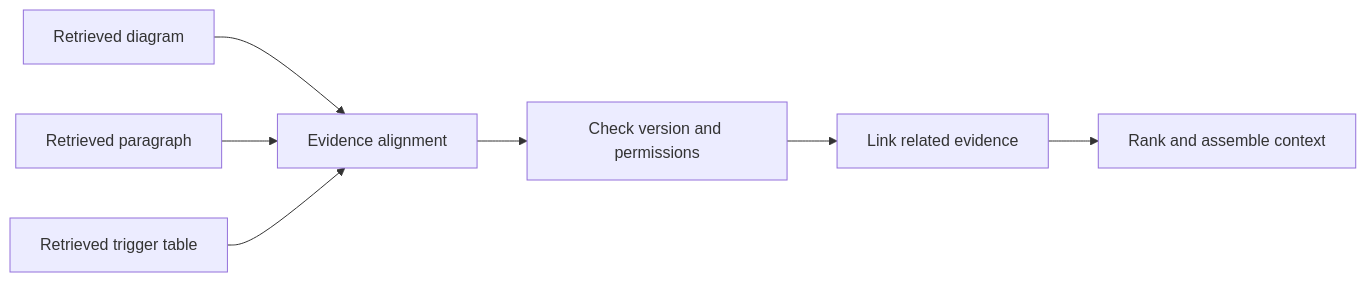
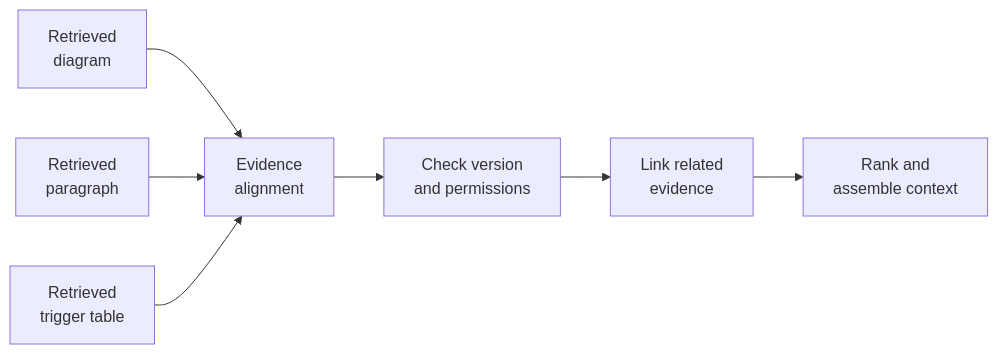
Before and after one commit to MihirKJha/enterprise-ai-blog: the second of 2 diagrams in docs/architecture-insights/genai-and-rag/4.3_designing-multimodal-rag-for-enterprise-knowledge.md, drawn with Mermaid. The commit also changed other lines of this file and 7 other files, not shown here.

First line of the commit message:
Added new architecture insights for AI Agents

````diff
--- a/docs/architecture-insights/genai-and-rag/4.3_designing-multimodal-rag-for-enterprise-knowledge.md
+++ b/docs/architecture-insights/genai-and-rag/4.3_designing-multimodal-rag-for-enterprise-knowledge.md
@@ -229,9 +229,9 @@
 ```mermaid
 flowchart LR
-    A[Retrieved diagram] --> D[Evidence alignment]
-    B[Retrieved paragraph] --> D
-    C[Retrieved trigger table] --> D
-    D --> E[Check version and permissions]
-    E --> F[Link related evidence]
-    F --> G[Rank and assemble context]
+    A[Retrieved <br/>diagram] --> D[Evidence <br/>alignment]
+    B[Retrieved <br/>paragraph] --> D
+    C[Retrieved<br/>trigger table] --> D
+    D --> E[Check version<br/> and permissions]
+    E --> F[Link related<br/> evidence]
+    F --> G[Rank and <br/>assemble context]
 ```
````
